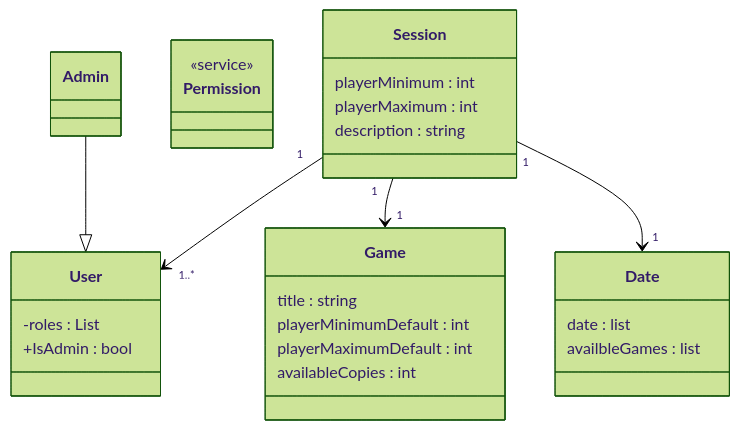
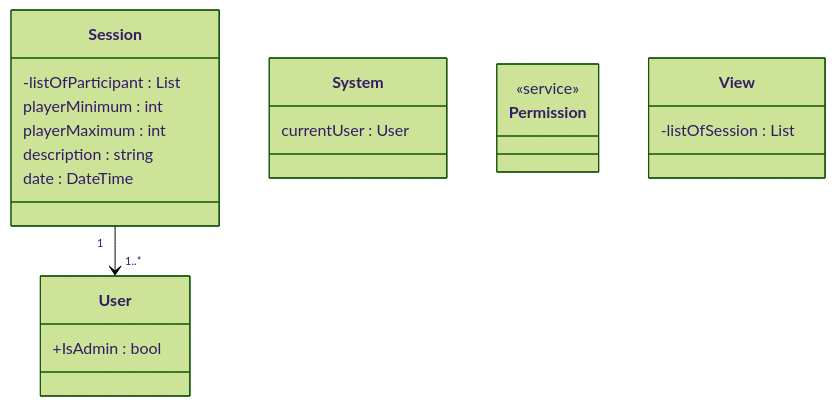
Before and after one commit to MatiasHeiberg/1.semesterprojekt: the third of 3 diagrams in 02 notes/Klassediagram.md, drawn with Mermaid (forest theme). The commit also changed 2 other files, not shown here.

Commit message:
log + klassediagram

````diff
--- a/02 notes/Klassediagram.md
+++ b/02 notes/Klassediagram.md
@@ -96,39 +96,32 @@
 ```mermaid
 classDiagram
 
 %% Class definitions
 class Session {
+    -listOfParticipant : List<User>
 	playerMinimum : int 
 	playerMaximum : int
 	description : string
+	date : DateTime
 	
 }
 class User {
-	-roles : List<Role>
 	+IsAdmin : bool
 	
 }
-class Game {
-	title : string
-	playerMinimumDefault : int
-	playerMaximumDefault : int
-	availableCopies : int
+class System {
+	currentUser : User
 }
-
-class Date {
-	date : list<DateTime>
-	availbleGames : list<Game>
-}
+%% Serviceklasse til at håndtere rettigheds kald i systemmet.
 class Permission {
 	<<service>>
 }
-%% Serviceklasse til at håndtere rettigheds kald i systemmet.
-class Admin 
 
+class View {
+	-listOfSession : List<Session>
+}
 %% Class relationships
 Session "1" --> "1..*" User
-Session "1" --> "1" Game
-Session "1" --> "1" Date
-Admin --|> User
+
 
 ```
````
